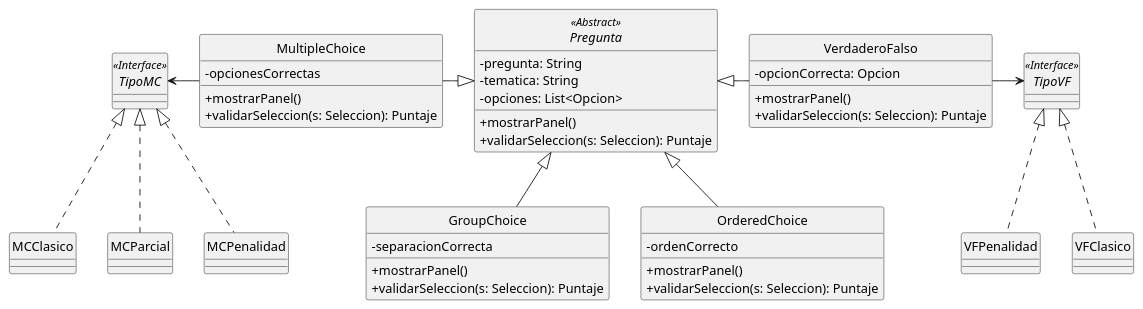
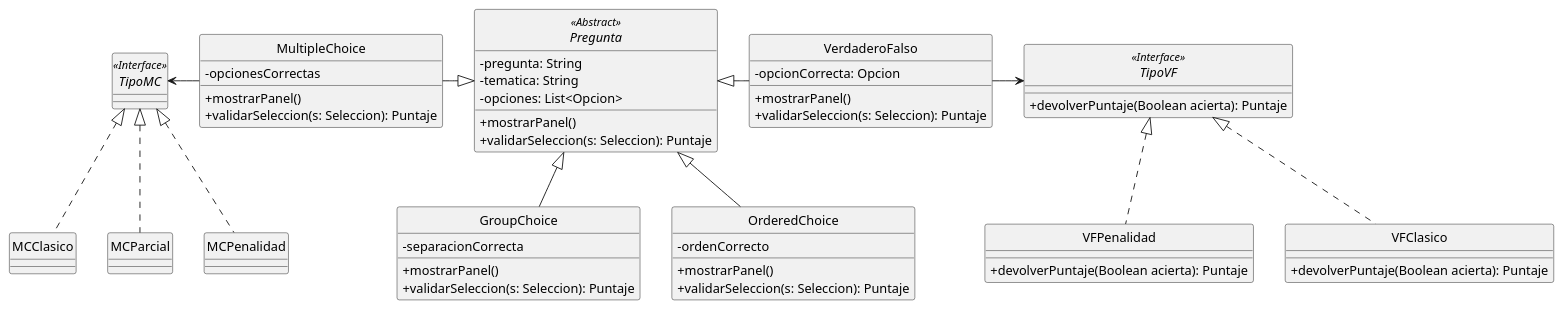
One commit to fiuba/algo3_proyecto_base_tp2 changed the diagram in diagrams/classes/Preguntas.plantuml. Above: the diagram before and after it, drawn with PlantUML. The commit also changed 8 other files, not shown here.

```diff
--- a/diagrams/classes/Preguntas.plantuml
+++ b/diagrams/classes/Preguntas.plantuml
@@ -1,71 +1,74 @@
 @startuml Preguntas
 
 skinparam monochrome true
 hide circle
 skinparam classAttributeIconSize 0
 
 abstract Pregunta <<Abstract>> {
     - pregunta: String
     - tematica: String
     - opciones: List<Opcion>
     + mostrarPanel()
     + validarSeleccion(s: Seleccion): Puntaje
 }
 
 class VerdaderoFalso {
     - opcionCorrecta: Opcion
     + mostrarPanel()
     + validarSeleccion(s: Seleccion): Puntaje
 
 }
 
 class MultipleChoice {
     - opcionesCorrectas
     + mostrarPanel()
     + validarSeleccion(s: Seleccion): Puntaje
 
 }
 
 class OrderedChoice {
     - ordenCorrecto
     + mostrarPanel()
     + validarSeleccion(s: Seleccion): Puntaje
 
 }
 
 class GroupChoice {
     - separacionCorrecta
     + mostrarPanel()
     + validarSeleccion(s: Seleccion): Puntaje
 
 }
 
 Pregunta <|- VerdaderoFalso
 Pregunta <|-left- MultipleChoice
 Pregunta <|-- OrderedChoice
 Pregunta <|-- GroupChoice
 
 interface TipoVF <<Interface>> {
+    + devolverPuntaje(Boolean acierta): Puntaje
 }
 class VFClasico {
+    + devolverPuntaje(Boolean acierta): Puntaje
 }
 class VFPenalidad {
+    + devolverPuntaje(Boolean acierta): Puntaje
 }
 
 VerdaderoFalso -> TipoVF
 TipoVF <|.. VFClasico
 TipoVF <|.. VFPenalidad
 
 interface TipoMC <<Interface>> {
 }
 class MCClasico {
 }
 class MCParcial {
 }
 class MCPenalidad {
 }
 TipoMC <- MultipleChoice
 TipoMC <|.. MCClasico
 TipoMC <|.. MCParcial
 TipoMC <|.. MCPenalidad
 @enduml
```
